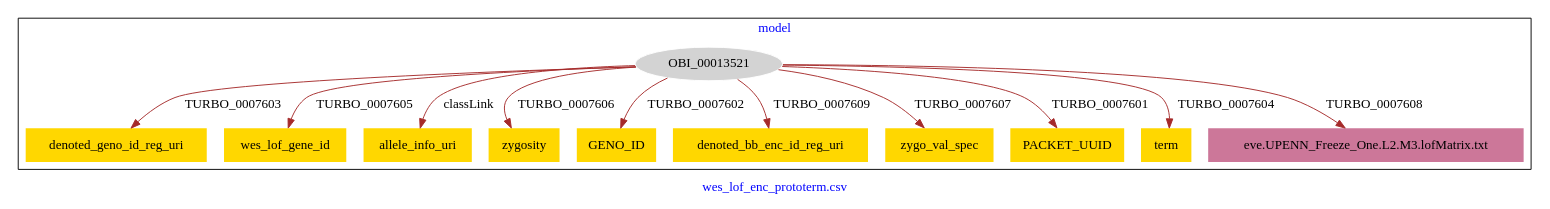
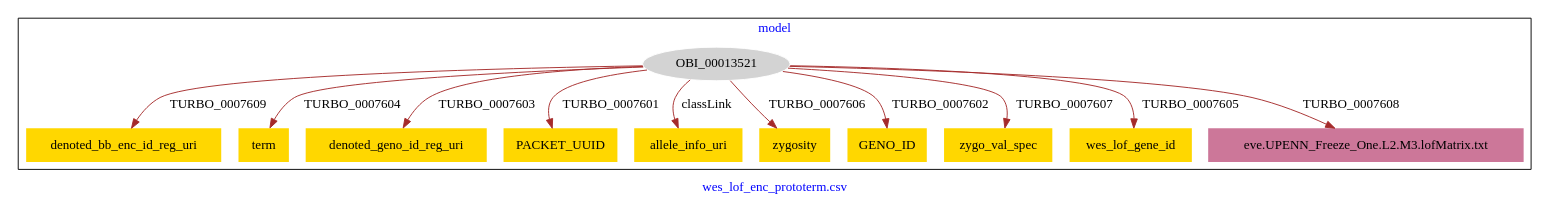
The diagram in karma_models/wes_lof_enc_prototerm_shortcuts-model.dot (PennTURBO/turbo-ontology), drawn with Graphviz before and after one commit.

Commit message:
Update file wes_lof_enc_prototerm_shortcuts-model.dot

```diff
--- a/karma_models/wes_lof_enc_prototerm_shortcuts-model.dot
+++ b/karma_models/wes_lof_enc_prototerm_shortcuts-model.dot
@@ -1,29 +1,29 @@
 digraph n0 {
 fontcolor="blue"
 remincross="true"
 label="wes_lof_enc_prototerm.csv"
 subgraph cluster {
 label="model"
 n2[style="filled",color="white",fillcolor="lightgray",label="OBI_00013521"];
-n3[shape="plaintext",style="filled",fillcolor="gold",label="denoted_geno_id_reg_uri"];
-n4[shape="plaintext",style="filled",fillcolor="gold",label="wes_lof_gene_id"];
-n5[shape="plaintext",style="filled",fillcolor="gold",label="allele_info_uri"];
-n6[shape="plaintext",style="filled",fillcolor="gold",label="zygosity"];
-n7[shape="plaintext",style="filled",fillcolor="gold",label="GENO_ID"];
-n8[shape="plaintext",style="filled",fillcolor="gold",label="denoted_bb_enc_id_reg_uri"];
-n9[shape="plaintext",style="filled",fillcolor="gold",label="zygo_val_spec"];
-n10[shape="plaintext",style="filled",fillcolor="gold",label="PACKET_UUID"];
-n11[shape="plaintext",style="filled",fillcolor="gold",label="term"];
+n3[shape="plaintext",style="filled",fillcolor="gold",label="denoted_bb_enc_id_reg_uri"];
+n4[shape="plaintext",style="filled",fillcolor="gold",label="term"];
+n5[shape="plaintext",style="filled",fillcolor="gold",label="denoted_geno_id_reg_uri"];
+n6[shape="plaintext",style="filled",fillcolor="gold",label="PACKET_UUID"];
+n7[shape="plaintext",style="filled",fillcolor="gold",label="allele_info_uri"];
+n8[shape="plaintext",style="filled",fillcolor="gold",label="zygosity"];
+n9[shape="plaintext",style="filled",fillcolor="gold",label="GENO_ID"];
+n10[shape="plaintext",style="filled",fillcolor="gold",label="zygo_val_spec"];
+n11[shape="plaintext",style="filled",fillcolor="gold",label="wes_lof_gene_id"];
 n12[shape="plaintext",style="filled",fillcolor="#CC7799",label="eve.UPENN_Freeze_One.L2.M3.lofMatrix.txt"];
 }
-n2 -> n3[color="brown",fontcolor="black",label="TURBO_0007603"]
-n2 -> n4[color="brown",fontcolor="black",label="TURBO_0007605"]
-n2 -> n5[color="brown",fontcolor="black",label="classLink"]
-n2 -> n6[color="brown",fontcolor="black",label="TURBO_0007606"]
-n2 -> n7[color="brown",fontcolor="black",label="TURBO_0007602"]
-n2 -> n8[color="brown",fontcolor="black",label="TURBO_0007609"]
-n2 -> n9[color="brown",fontcolor="black",label="TURBO_0007607"]
-n2 -> n10[color="brown",fontcolor="black",label="TURBO_0007601"]
-n2 -> n11[color="brown",fontcolor="black",label="TURBO_0007604"]
+n2 -> n3[color="brown",fontcolor="black",label="TURBO_0007609"]
+n2 -> n4[color="brown",fontcolor="black",label="TURBO_0007604"]
+n2 -> n5[color="brown",fontcolor="black",label="TURBO_0007603"]
+n2 -> n6[color="brown",fontcolor="black",label="TURBO_0007601"]
+n2 -> n7[color="brown",fontcolor="black",label="classLink"]
+n2 -> n8[color="brown",fontcolor="black",label="TURBO_0007606"]
+n2 -> n9[color="brown",fontcolor="black",label="TURBO_0007602"]
+n2 -> n10[color="brown",fontcolor="black",label="TURBO_0007607"]
+n2 -> n11[color="brown",fontcolor="black",label="TURBO_0007605"]
 n2 -> n12[color="brown",fontcolor="black",label="TURBO_0007608"]
 }
```
